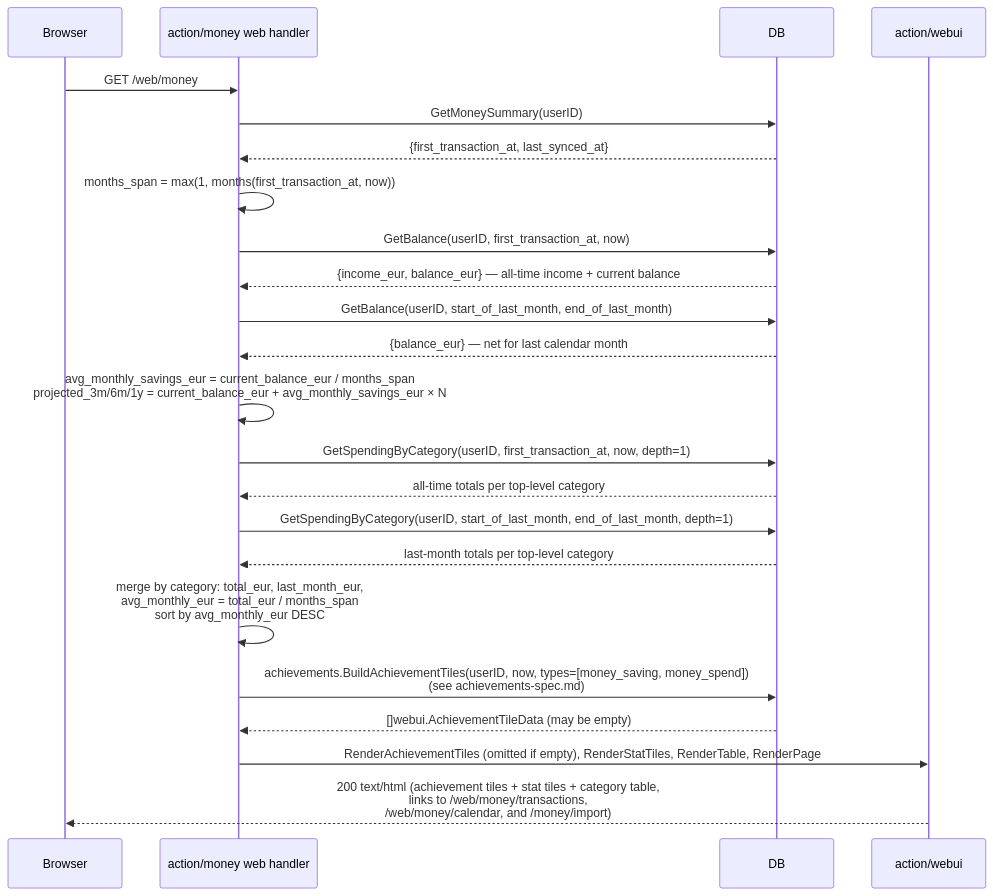
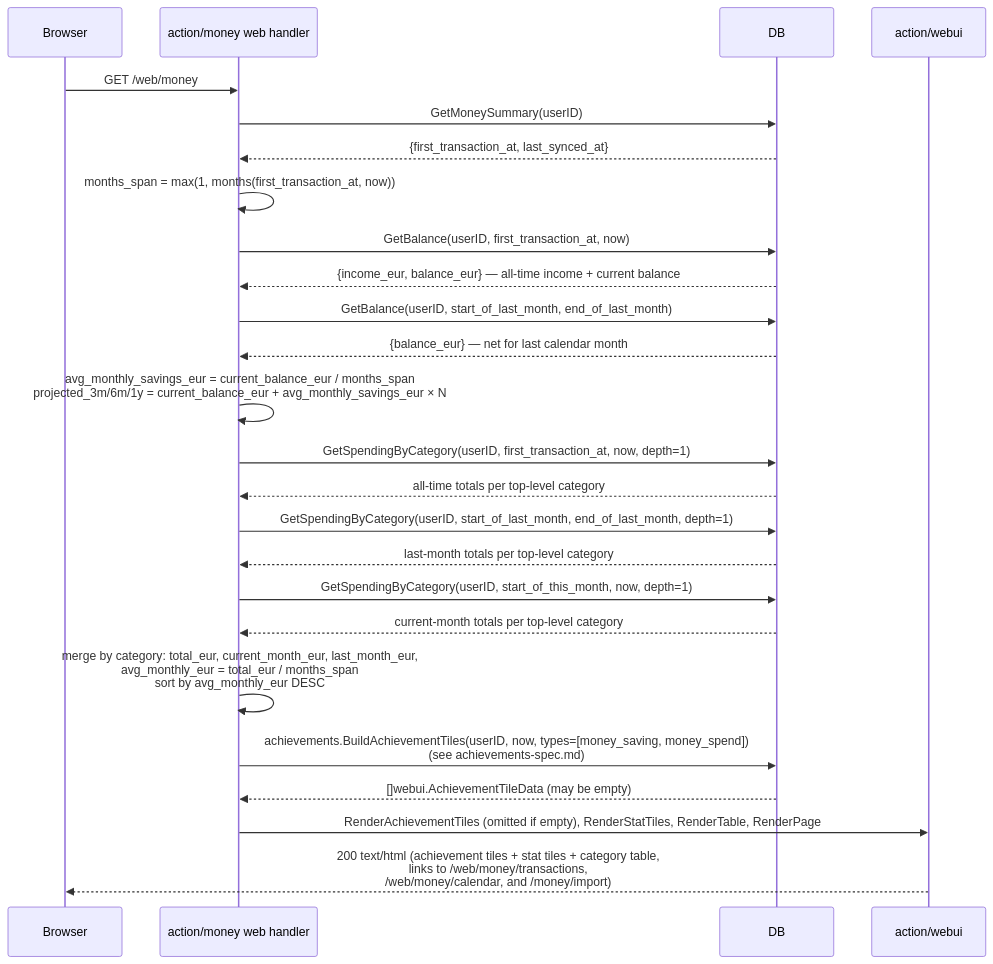
Before and after one commit to rusinikita/personal: the seventh of 10 diagrams in docs/functions/money-spec.md, drawn with Mermaid. The commit also changed other lines of this file and 2 other files, not shown here.

Commit message:
feat(money): split category table last month column into current and prev month

````diff
--- a/docs/functions/money-spec.md
+++ b/docs/functions/money-spec.md
@@ -188,31 +188,33 @@
 ```mermaid
 sequenceDiagram
     participant Browser
     participant Handler as action/money web handler
     participant DB
     participant Webui as action/webui
 
     Browser->>Handler: GET /web/money
     Handler->>DB: GetMoneySummary(userID)
     DB-->>Handler: {first_transaction_at, last_synced_at}
     Handler->>Handler: months_span = max(1, months(first_transaction_at, now))
 
     Handler->>DB: GetBalance(userID, first_transaction_at, now)
     DB-->>Handler: {income_eur, balance_eur} — all-time income + current balance
     Handler->>DB: GetBalance(userID, start_of_last_month, end_of_last_month)
     DB-->>Handler: {balance_eur} — net for last calendar month
 
     Handler->>Handler: avg_monthly_savings_eur = current_balance_eur / months_span<br/>projected_3m/6m/1y = current_balance_eur + avg_monthly_savings_eur × N
 
     Handler->>DB: GetSpendingByCategory(userID, first_transaction_at, now, depth=1)
     DB-->>Handler: all-time totals per top-level category
     Handler->>DB: GetSpendingByCategory(userID, start_of_last_month, end_of_last_month, depth=1)
     DB-->>Handler: last-month totals per top-level category
-    Handler->>Handler: merge by category: total_eur, last_month_eur,<br/>avg_monthly_eur = total_eur / months_span<br/>sort by avg_monthly_eur DESC
+    Handler->>DB: GetSpendingByCategory(userID, start_of_this_month, now, depth=1)
+    DB-->>Handler: current-month totals per top-level category
+    Handler->>Handler: merge by category: total_eur, current_month_eur, last_month_eur,<br/>avg_monthly_eur = total_eur / months_span<br/>sort by avg_monthly_eur DESC
 
     Handler->>DB: achievements.BuildAchievementTiles(userID, now, types=[money_saving, money_spend])<br/>(see achievements-spec.md)
     DB-->>Handler: []webui.AchievementTileData (may be empty)
 
     Handler->>Webui: RenderAchievementTiles (omitted if empty), RenderStatTiles, RenderTable, RenderPage
     Webui-->>Browser: 200 text/html (achievement tiles + stat tiles + category table,<br/>links to /web/money/transactions,<br/>/web/money/calendar, and /money/import)
 ```
````
